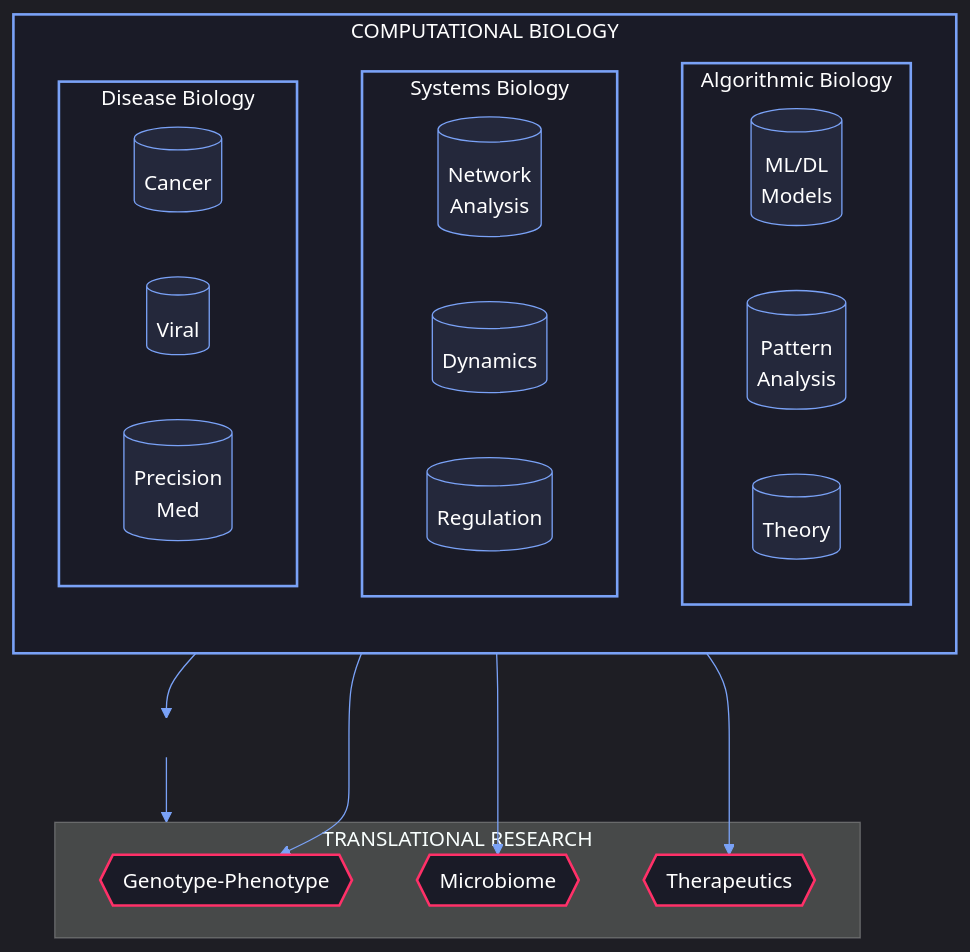
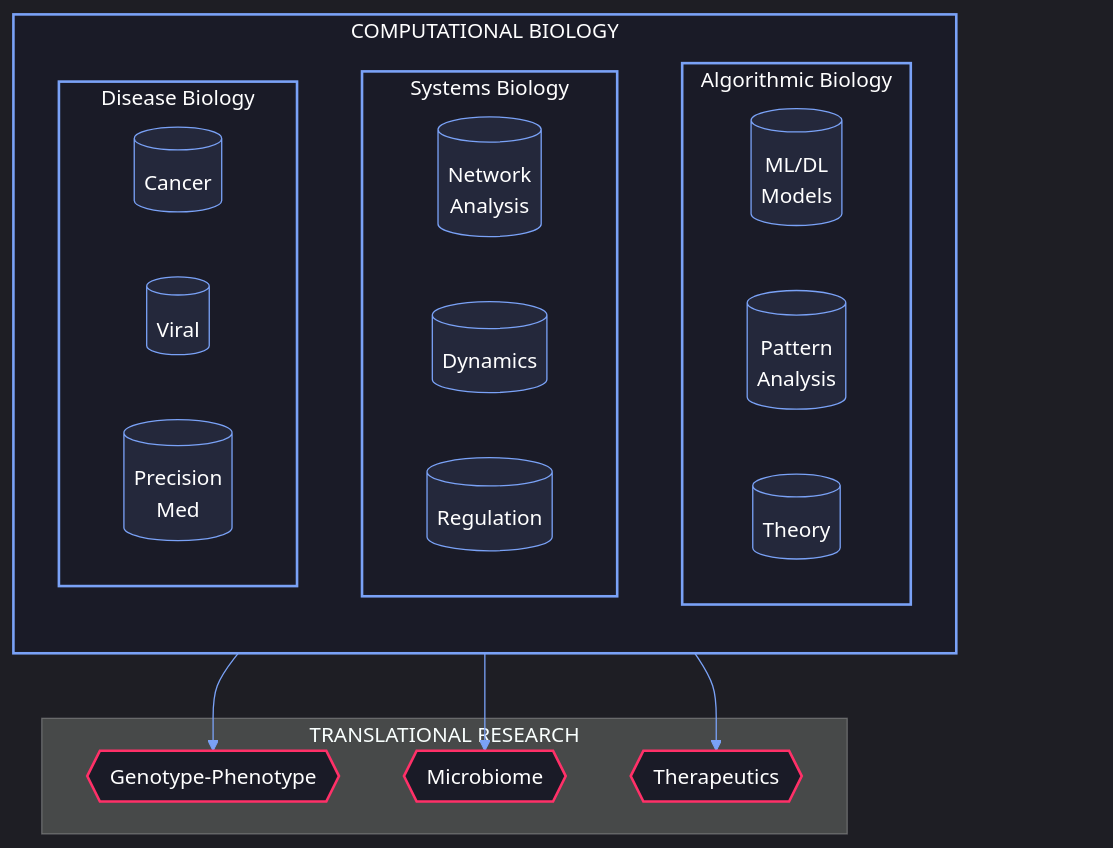
One commit to dhana56/dhana56 changed the first of 3 diagrams in README.md. Above: the diagram before and after it, drawn with Mermaid.

Commit message:
Improve spacing in the diagram section of README.md for better visual clarity

````diff
--- a/README.md
+++ b/README.md
@@ -46,54 +46,52 @@
 ```mermaid
 %%{init: {'theme': 'dark', 'themeVariables': { 'fontSize': '16px' }}}%%
 graph TB
     %% Core Research Areas
     subgraph CORE["COMPUTATIONAL BIOLOGY"]
         direction TB
         subgraph ALG["Algorithmic Biology"]
             A1[("ML/DL<br/>Models")]:::small
             A2[("Pattern<br/>Analysis")]:::small
             A3[("Theory")]:::small
         end
         
         subgraph SYS["Systems Biology"]
             S1[("Network<br/>Analysis")]:::small
             S2[("Dynamics")]:::small
             S3[("Regulation")]:::small
         end
         
         subgraph DIS["Disease Biology"]
             D1[("Cancer")]:::small
             D2[("Viral")]:::small
             D3[("Precision<br/>Med")]:::small
         end
     end
 
-    space[" "]:::space
+    space["  "]:::space
     
     subgraph APPS["TRANSLATIONAL RESEARCH"]
         T1{{"Genotype-Phenotype"}}:::apps
         T2{{"Microbiome"}}:::apps
         T3{{"Therapeutics"}}:::apps
     end
 
     %% Connections with better spacing
-    CORE --> space
-    space --> APPS
     ALG --> T1
     SYS --> T2
     DIS --> T3
 
     %% Optimized color scheme
     classDef default fill:#1a1b27,stroke:#7aa2f7,stroke-width:1px,color:#fff
     classDef core fill:#1a1b27,stroke:#7aa2f7,stroke-width:2px,color:#fff
     classDef small fill:#24283b,stroke:#7aa2f7,stroke-width:1px,color:#fff
     classDef apps fill:#1a1b27,stroke:#ff3068,stroke-width:2px,color:#fff
     classDef space fill:none,stroke:none
 
     class CORE,ALG,SYS,DIS core
     class A1,A2,A3,S1,S2,S3,D1,D2,D3 small
     class T1,T2,T3 apps
     class space space
 
     linkStyle default stroke:#7aa2f7,stroke-width:1px
 ```
````
